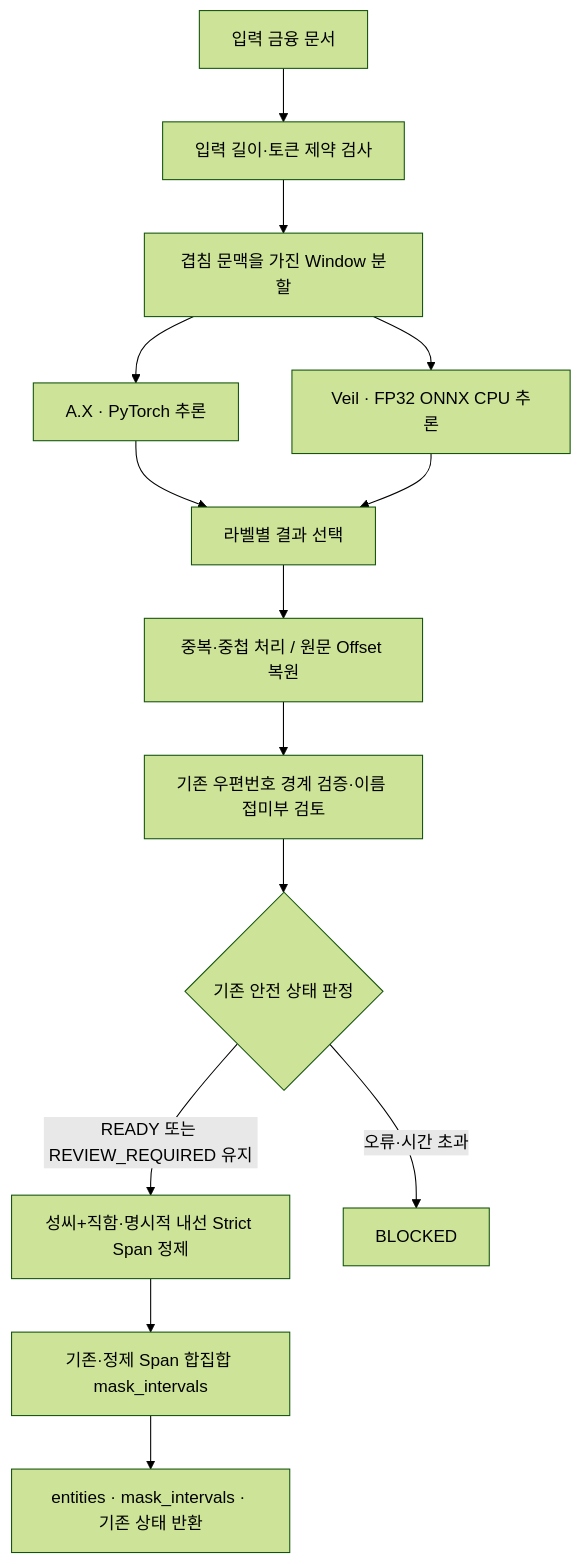
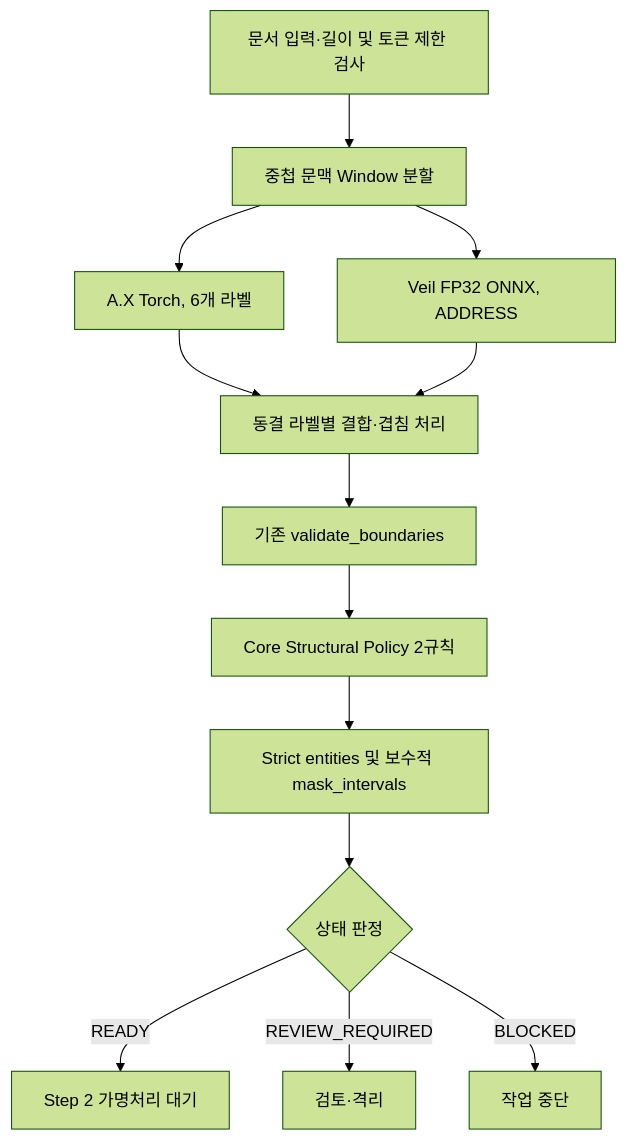
The diagram in step1_pii_detector/README.md (kohjunseo1/AegisRAG), drawn with Mermaid (forest theme) before and after one commit. The commit also changed other lines of this file and 1 other file, not shown here.

Commit message:
Apply reviewed project and Step 1 README revisions

````diff
--- a/step1_pii_detector/README.md
+++ b/step1_pii_detector/README.md
@@ -32,16 +30,15 @@
 ```mermaid
 flowchart TD
-    A[입력 금융 문서] --> B[입력 길이·토큰 제약 검사]
-    B --> C[겹침 문맥을 가진 Window 분할]
-    C --> D[A.X · PyTorch 추론]
-    C --> E[Veil · FP32 ONNX CPU 추론]
-    D --> F[라벨별 결과 선택]
-    E --> F
-    F --> G[중복·중첩 처리 / 원문 Offset 복원]
-    G --> H[기존 우편번호 경계 검증·이름 접미부 검토]
-    H --> I{기존 안전 상태 판정}
-    I -->|READY 또는 REVIEW_REQUIRED 유지| J[성씨+직함·명시적 내선 Strict Span 정제]
-    J --> K[기존·정제 Span 합집합 mask_intervals]
-    K --> L[entities · mask_intervals · 기존 상태 반환]
-    I -->|오류·시간 초과| M[BLOCKED]
+  A[문서 입력·길이 및 토큰 제한 검사] --> B[중첩 문맥 Window 분할]
+  B --> C[A.X Torch, 6개 라벨]
+  B --> D[Veil FP32 ONNX, ADDRESS]
+  C --> E[동결 라벨별 결합·겹침 처리]
+  D --> E
+  E --> F[기존 validate_boundaries]
+  F --> G[Core Structural Policy 2규칙]
+  G --> H[Strict entities 및 보수적 mask_intervals]
+  H --> I{상태 판정}
+  I -->|READY| J[Step 2 가명처리 대기]
+  I -->|REVIEW_REQUIRED| K[검토·격리]
+  I -->|BLOCKED| L[작업 중단]
 ```
````
